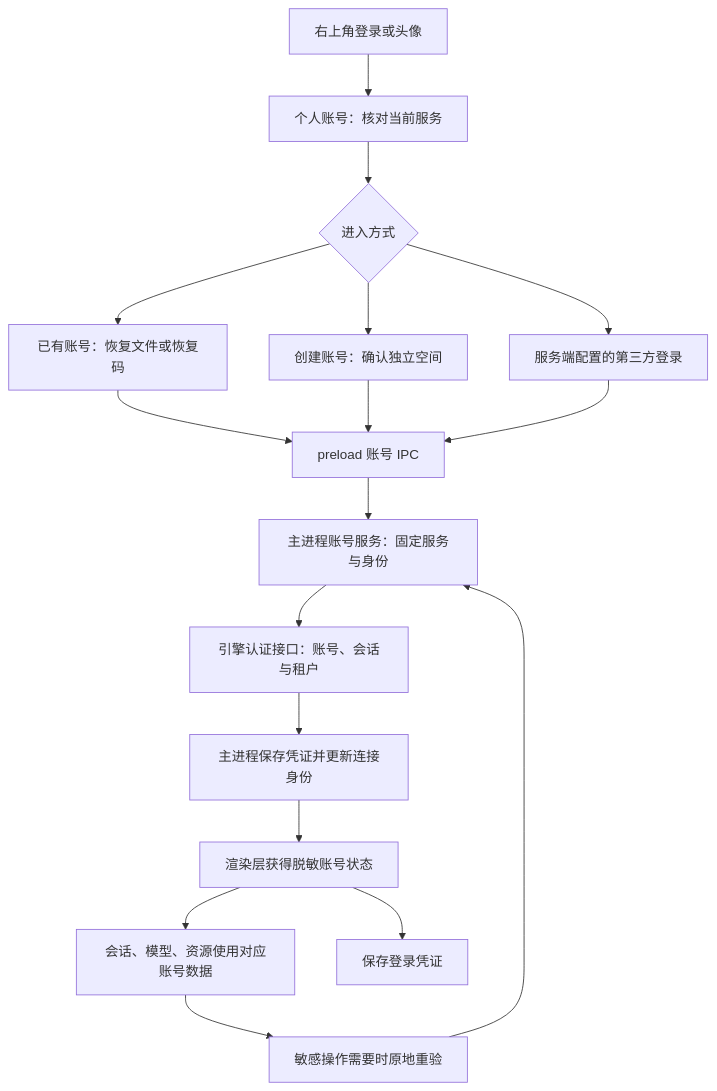
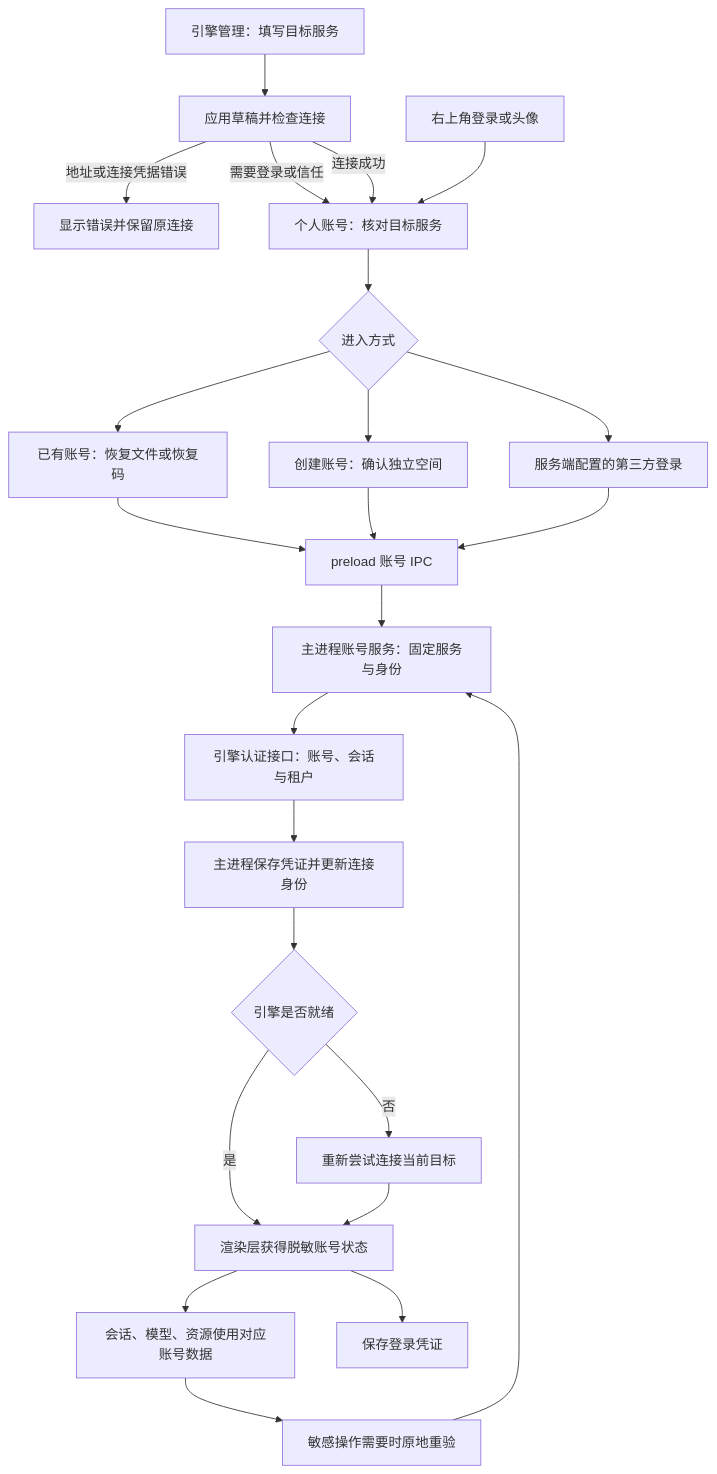
The diagram in docs/accounts-and-login.md (HJ-uncle/aether-code), drawn with Mermaid before and after one commit. The commit also changed other lines of this file and 77 other files, not shown here.

````diff
--- a/docs/accounts-and-login.md
+++ b/docs/accounts-and-login.md
@@ -62,19 +71,26 @@
 ```mermaid
 flowchart TD
-    A[右上角登录或头像] --> B[个人账号：核对当前服务]
+    S[引擎管理：填写目标服务] --> T[应用草稿并检查连接]
+    T -->|地址或连接凭据错误| U[显示错误并保留原连接]
+    T -->|需要登录或信任| B[个人账号：核对目标服务]
+    T -->|连接成功| B
+    A[右上角登录或头像] --> B
     B --> C{进入方式}
     C --> D[已有账号：恢复文件或恢复码]
     C --> E[创建账号：确认独立空间]
     C --> F[服务端配置的第三方登录]
     D --> G[preload 账号 IPC]
     E --> G
     F --> G
     G --> H[主进程账号服务：固定服务与身份]
     H --> I[引擎认证接口：账号、会话与租户]
     I --> J[主进程保存凭证并更新连接身份]
-    J --> K[渲染层获得脱敏账号状态]
+    J --> R{引擎是否就绪}
+    R -->|否| Q[重新尝试连接当前目标]
+    R -->|是| K[渲染层获得脱敏账号状态]
+    Q --> K
     K --> L[会话、模型、资源使用对应账号数据]
     K --> M[保存登录凭证]
     L --> N[敏感操作需要时原地重验]
     N --> H
 ```
````
